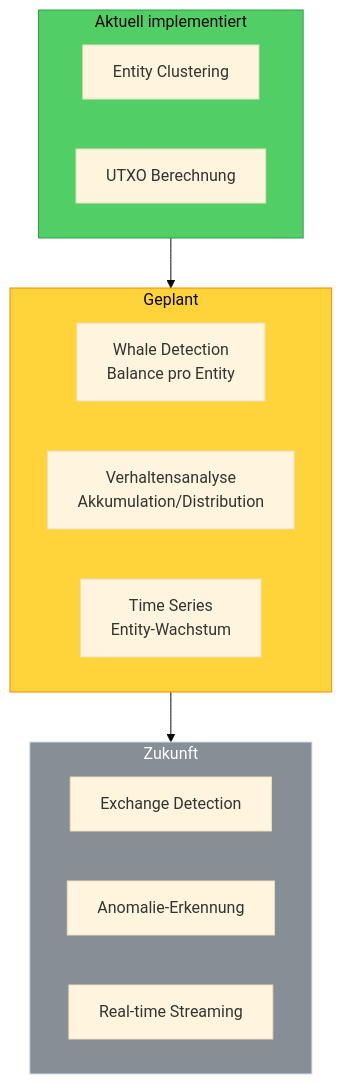
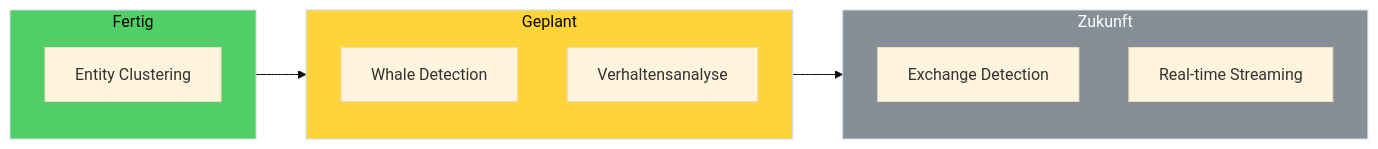
One commit to RomanRnlt/bitcoin-whale-intelligence changed the fourth of 4 diagrams in docs/PROJECT_CONTEXT.md. Above: the diagram before and after it, drawn with Mermaid (base theme). The commit also changed other lines of this file and 4 other files, not shown here.

````diff
--- a/docs/PROJECT_CONTEXT.md
+++ b/docs/PROJECT_CONTEXT.md
@@ -541,25 +159,22 @@
 ```mermaid
-flowchart TB
-    subgraph current["Aktuell implementiert"]
+flowchart LR
+    subgraph done["Fertig"]
         C1["Entity Clustering"]
-        C2["UTXO Berechnung"]
     end
 
     subgraph planned["Geplant"]
-        P1["Whale Detection<br/>Balance pro Entity"]
-        P2["Verhaltensanalyse<br/>Akkumulation/Distribution"]
-        P3["Time Series<br/>Entity-Wachstum"]
+        P1["Whale Detection"]
+        P2["Verhaltensanalyse"]
     end
 
     subgraph future["Zukunft"]
         F1["Exchange Detection"]
-        F2["Anomalie-Erkennung"]
-        F3["Real-time Streaming"]
+        F2["Real-time Streaming"]
     end
 
-    current --> planned --> future
+    done --> planned --> future
 
-    style current fill:#51cf66,stroke:#2f9e44
-    style planned fill:#ffd43b,stroke:#f08c00
+    style done fill:#51cf66
+    style planned fill:#ffd43b
     style future fill:#868e96,color:#fff
 ```
````
